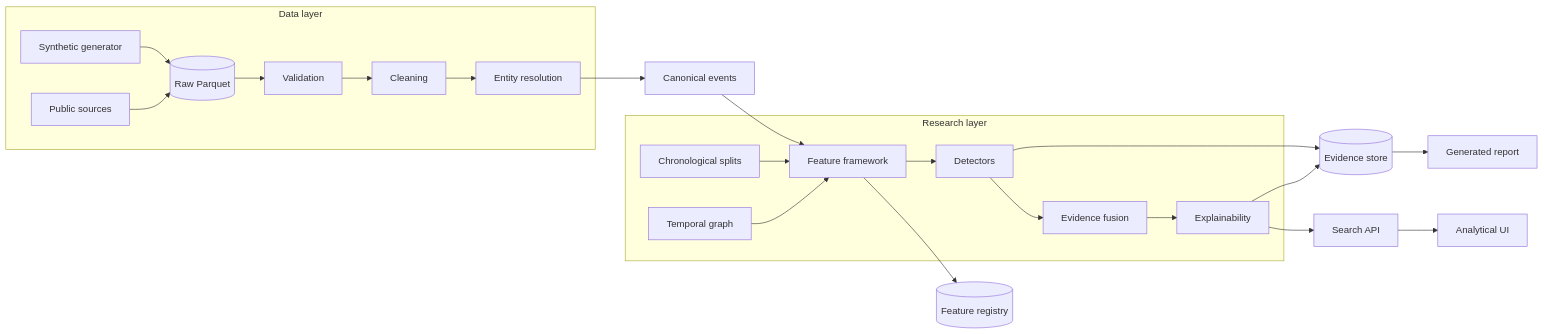
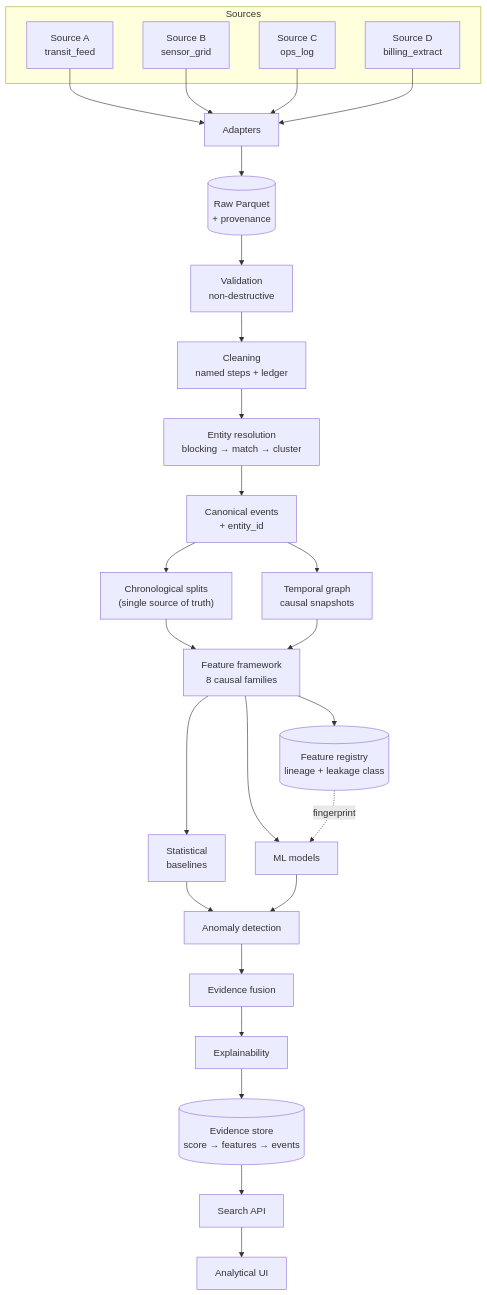
One commit to TMStroo/MOSAIC changed the first of 8 diagrams in README.md. Above: the diagram before and after it, drawn with Mermaid. The commit also changed other lines of this file, not shown here.

Commit message:
docs: research-framing README (motivation, origin, hypotheses, 8 Mermaid diagrams, RQ-to-experiment map); correct false CLI and feature-count claims

````diff
--- a/README.md
+++ b/README.md
@@ -22,24 +259,33 @@
 ```mermaid
-flowchart LR
-    subgraph ingest["Data layer"]
-        GEN[Synthetic generator] --> RAW[(Raw Parquet)]
-        PUB[Public sources] --> RAW
-        RAW --> VAL[Validation]
-        VAL --> CLEAN[Cleaning]
-        CLEAN --> ER[Entity resolution]
+flowchart TB
+    subgraph S["Sources"]
+        S1["Source A<br/>transit_feed"]
+        S2["Source B<br/>sensor_grid"]
+        S3["Source C<br/>ops_log"]
+        S4["Source D<br/>billing_extract"]
     end
-    ER --> CANON[Canonical events]
-    CANON --> FEAT[Feature framework]
-    FEAT --> REG[(Feature registry)]
-    subgraph research["Research layer"]
-        SPLIT[Chronological splits] --> FEAT
-        GRAPH[Temporal graph] --> FEAT
-        FEAT --> DET[Detectors]
-        DET --> FUSE[Evidence fusion]
-        FUSE --> EXPLAIN[Explainability]
-    end
-    DET --> EVID[(Evidence store)]
-    EXPLAIN --> EVID
-    EVID --> REPORT[Generated report]
-    EXPLAIN --> API[Search API] --> UI[Analytical UI]
+    S1 --> AD[Adapters]
+    S2 --> AD
+    S3 --> AD
+    S4 --> AD
+    AD --> RAW[("Raw Parquet<br/>+ provenance")]
+    RAW --> VAL["Validation<br/>non-destructive"]
+    VAL --> CLEAN["Cleaning<br/>named steps + ledger"]
+    CLEAN --> ER["Entity resolution<br/>blocking → match → cluster"]
+    ER --> CANON["Canonical events<br/>+ entity_id"]
+    CANON --> SPLIT["Chronological splits<br/>(single source of truth)"]
+    SPLIT --> FEAT["Feature framework<br/>8 causal families"]
+    CANON --> TG["Temporal graph<br/>causal snapshots"]
+    TG --> FEAT
+    FEAT --> REG[("Feature registry<br/>lineage + leakage class")]
+    FEAT --> STAT["Statistical<br/>baselines"]
+    FEAT --> ML["ML models"]
+    STAT --> DET["Anomaly detection"]
+    ML --> DET
+    DET --> FUSE["Evidence fusion"]
+    FUSE --> EXPLAIN["Explainability"]
+    EXPLAIN --> EVID[("Evidence store<br/>score → features → events")]
+    EVID --> API["Search API"]
+    API --> UI["Analytical UI"]
+    REG -.fingerprint.-> ML
 ```
````
